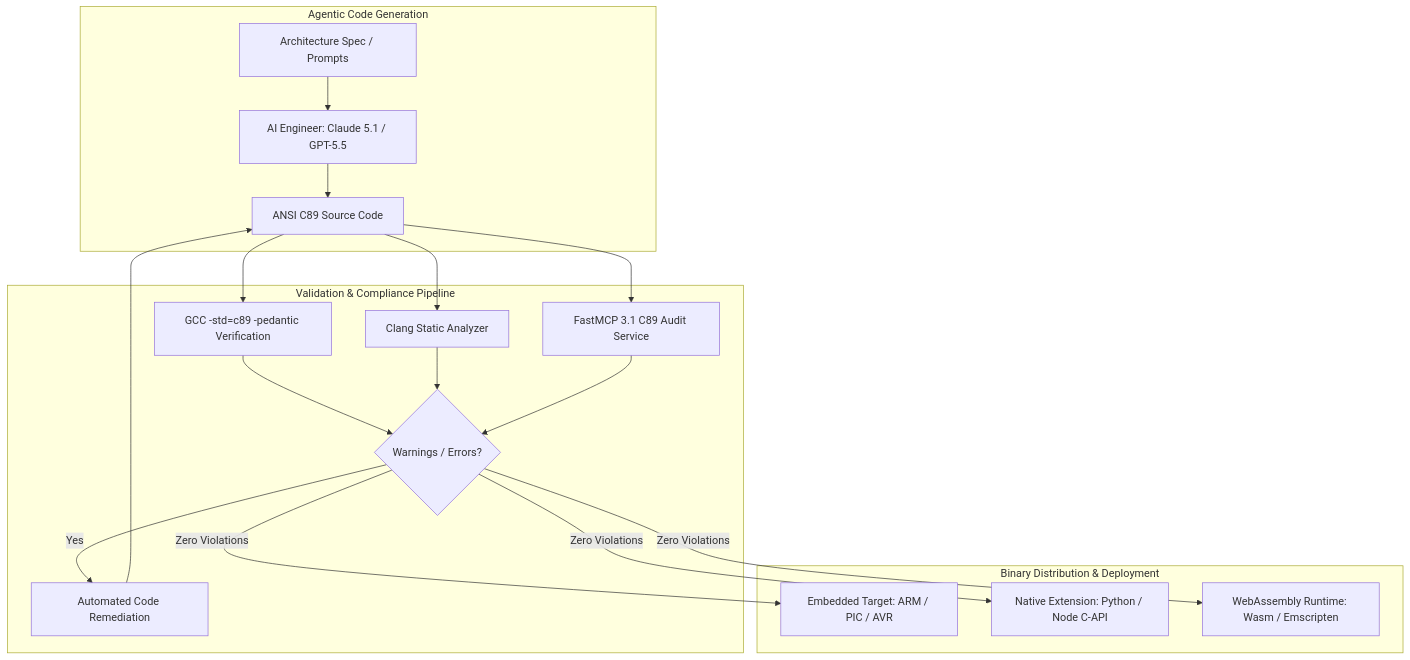
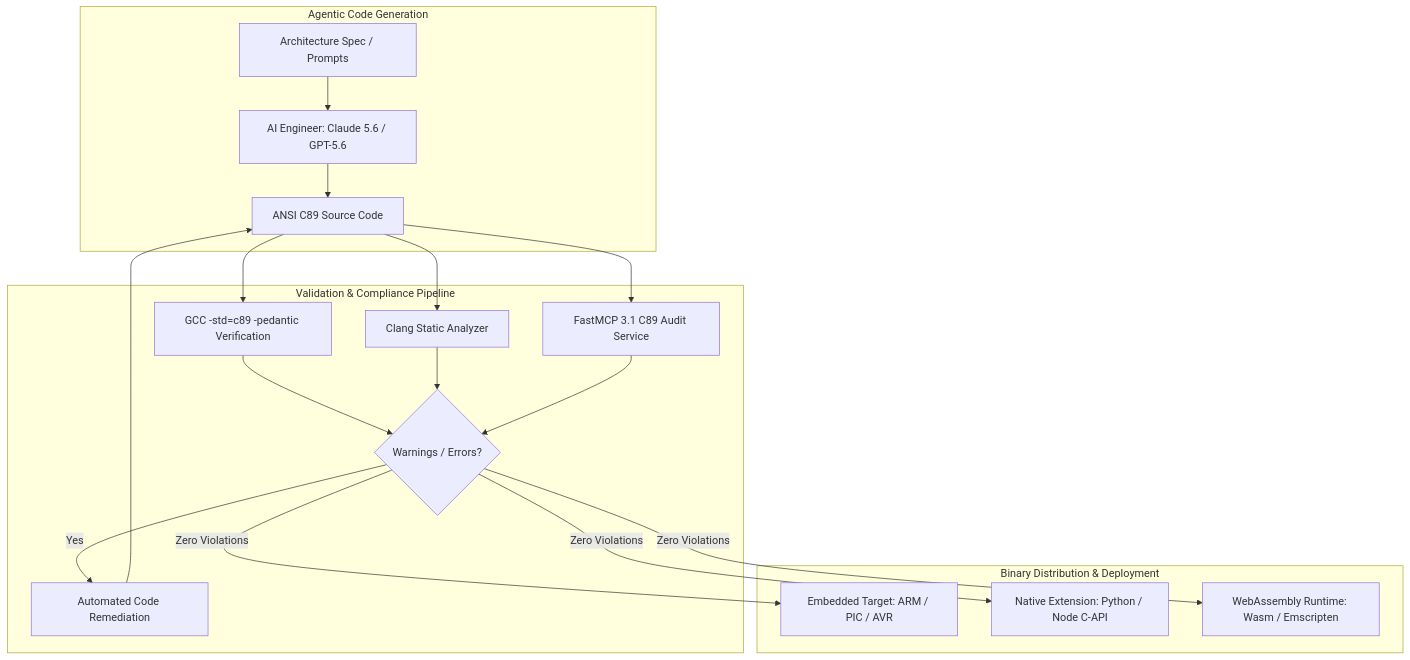
Before and after one commit to joanmarcriera/Home-office-automations: the diagram in docs/tools/development_ops/c89-portability.md, drawn with Mermaid. The commit also changed other lines of this file and 5 other files, not shown here.

````diff
--- a/docs/tools/development_ops/c89-portability.md
+++ b/docs/tools/development_ops/c89-portability.md
@@ -38,24 +45,24 @@
 ```mermaid
 graph TD
     subgraph Agentic Code Generation
-        A[Architecture Spec / Prompts] --> B[AI Engineer: Claude 5.1 / GPT-5.5]
+        A[Architecture Spec / Prompts] --> B[AI Engineer: Claude 5.6 / GPT-5.6]
         B --> C[ANSI C89 Source Code]
     end
 
     subgraph Validation & Compliance Pipeline
         C --> D[GCC -std=c89 -pedantic Verification]
         C --> E[Clang Static Analyzer]
         C --> F[FastMCP 3.1 C89 Audit Service]
         D --> G{Warnings / Errors?}
         E --> G
         F --> G
         G -- Yes --> H[Automated Code Remediation]
         H --> C
     end
 
     subgraph Binary Distribution & Deployment
         G -- Zero Violations --> I[Embedded Target: ARM / PIC / AVR]
         G -- Zero Violations --> J[Native Extension: Python / Node C-API]
         G -- Zero Violations --> K[WebAssembly Runtime: Wasm / Emscripten]
     end
 ```
````
